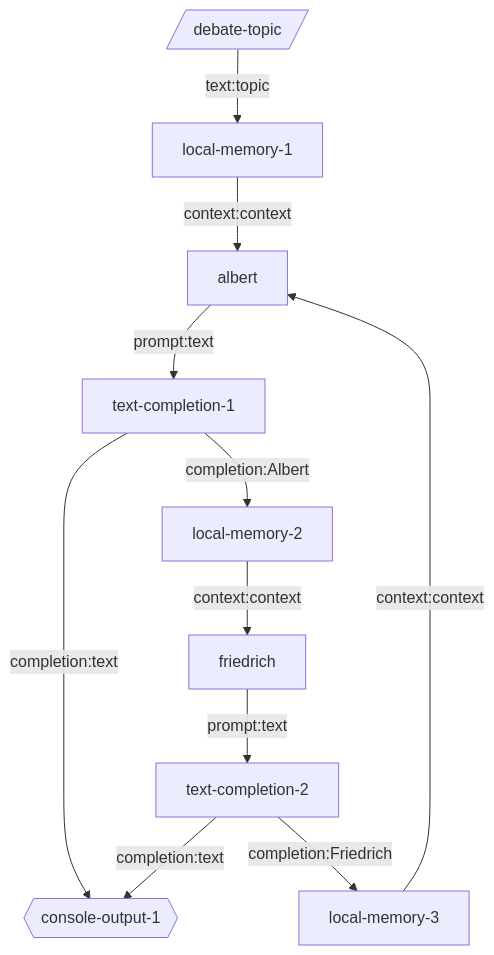
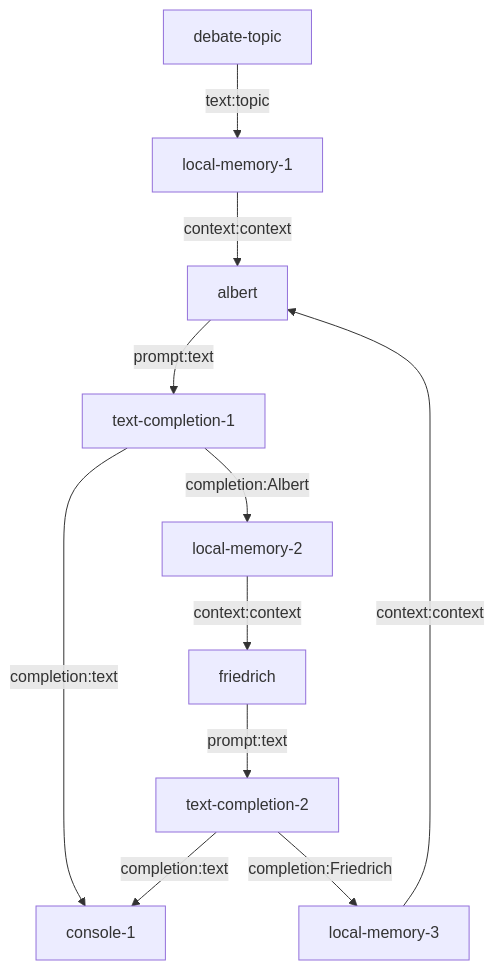
Before and after one commit to breadboard-ai/breadboard: the diagram in seeds/graph-playground/docs/graphs/endless-debate.md, drawn with Mermaid. The commit also changed 22 other files, not shown here.

First line of the commit message:
[graph-playground] Renaming input and output.

````diff
--- a/seeds/graph-playground/docs/graphs/endless-debate.md
+++ b/seeds/graph-playground/docs/graphs/endless-debate.md
@@ -4,13 +4,13 @@
 ```mermaid
 graph TD;
-debate-topic[/debate-topic/] -- text:topic --> local-memory-1
+debate-topic -- text:topic --> local-memory-1
 local-memory-1 -- context:context --> albert
 albert -- prompt:text --> text-completion-1
-text-completion-1 -- completion:text --> console-output-1{{console-output-1}}
+text-completion-1 -- completion:text --> console-1
 text-completion-1 -- completion:Albert --> local-memory-2
 local-memory-2 -- context:context --> friedrich
 friedrich -- prompt:text --> text-completion-2
-text-completion-2 -- completion:text --> console-output-1{{console-output-1}}
+text-completion-2 -- completion:text --> console-1
 text-completion-2 -- completion:Friedrich --> local-memory-3
 local-memory-3 -- context:context --> albert
 ```
````
